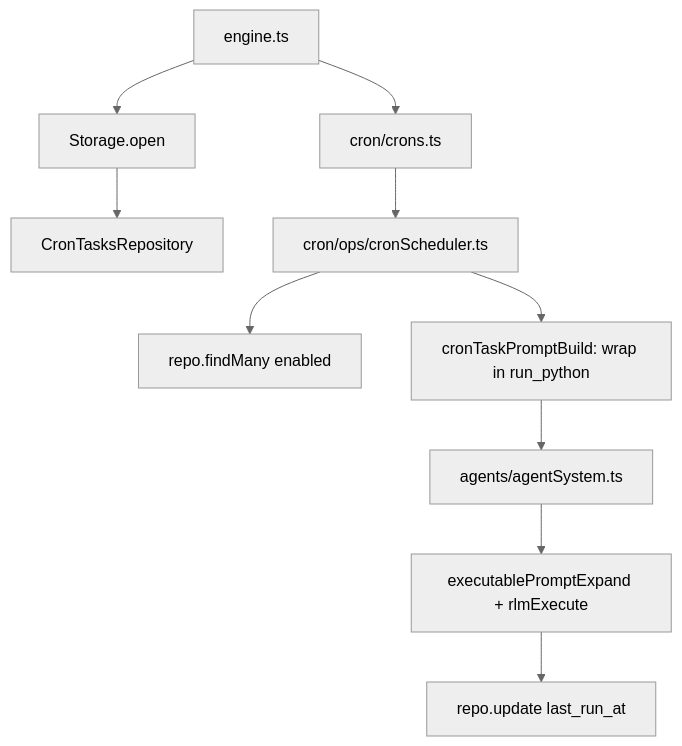
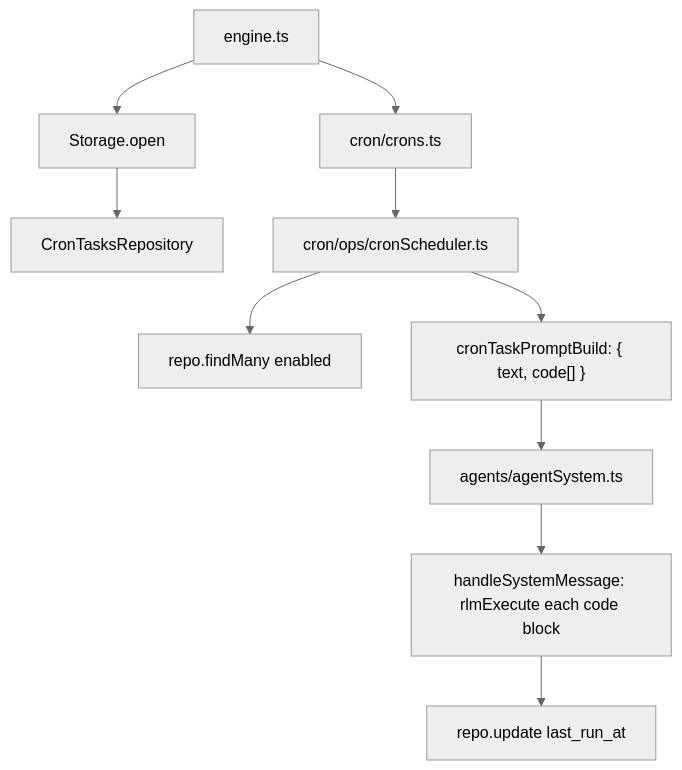
Before and after one commit to ex3ndr/daycare: the diagram in doc/internals/cron.md, drawn with Mermaid (neutral theme). The commit also changed other lines of this file and 32 other files, not shown here.

First line of the commit message:
feat(heartbeat,cron): execute Python code blocks directly via rlmExecute

````diff
--- a/doc/internals/cron.md
+++ b/doc/internals/cron.md
@@ -24,12 +24,12 @@
 ```mermaid
 flowchart TD
   Engine[engine.ts] --> Storage[Storage.open]
   Storage --> Repo[CronTasksRepository]
   Engine --> Crons[cron/crons.ts]
   Crons --> Scheduler[cron/ops/cronScheduler.ts]
   Scheduler --> RepoLoad[repo.findMany enabled]
-  Scheduler --> Wrap[cronTaskPromptBuild: wrap in run_python]
-  Wrap --> AgentSystem[agents/agentSystem.ts]
-  AgentSystem --> RLM[executablePromptExpand + rlmExecute]
+  Scheduler --> Build["cronTaskPromptBuild: { text, code[] }"]
+  Build --> AgentSystem[agents/agentSystem.ts]
+  AgentSystem --> RLM["handleSystemMessage: rlmExecute each code block"]
   RLM --> Persist[repo.update last_run_at]
 ```
````
